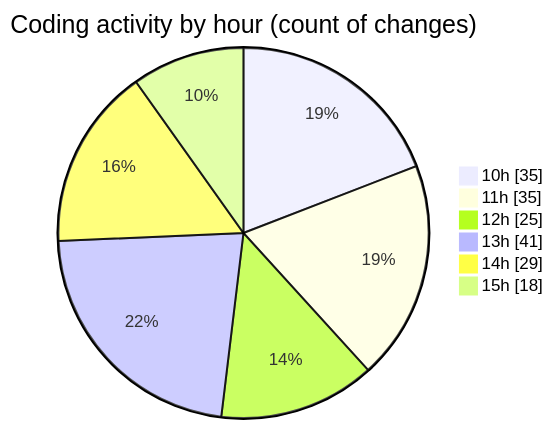
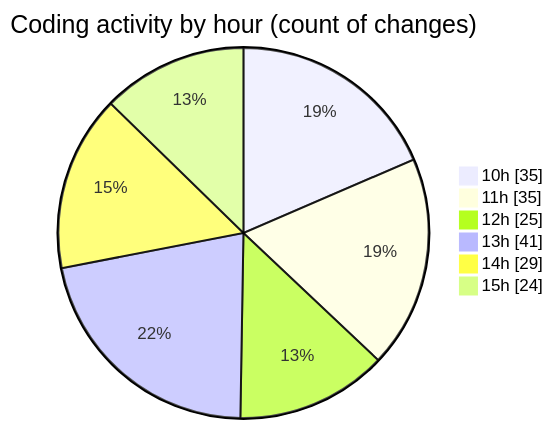
The second of 2 diagrams in 2025-03-26/cda/README.md (momahboobian/code-tracking), drawn with Mermaid before and after one commit. The commit also changed other lines of this file and 1 other file, not shown here.

````diff
--- a/2025-03-26/cda/README.md
+++ b/2025-03-26/cda/README.md
@@ -54,10 +54,10 @@
 ```mermaid
 pie showData
 title Coding activity by hour (count of changes)
 "10h" : 35
 "11h" : 35
 "12h" : 25
 "13h" : 41
 "14h" : 29
-"15h" : 18
+"15h" : 24
 ```
````
